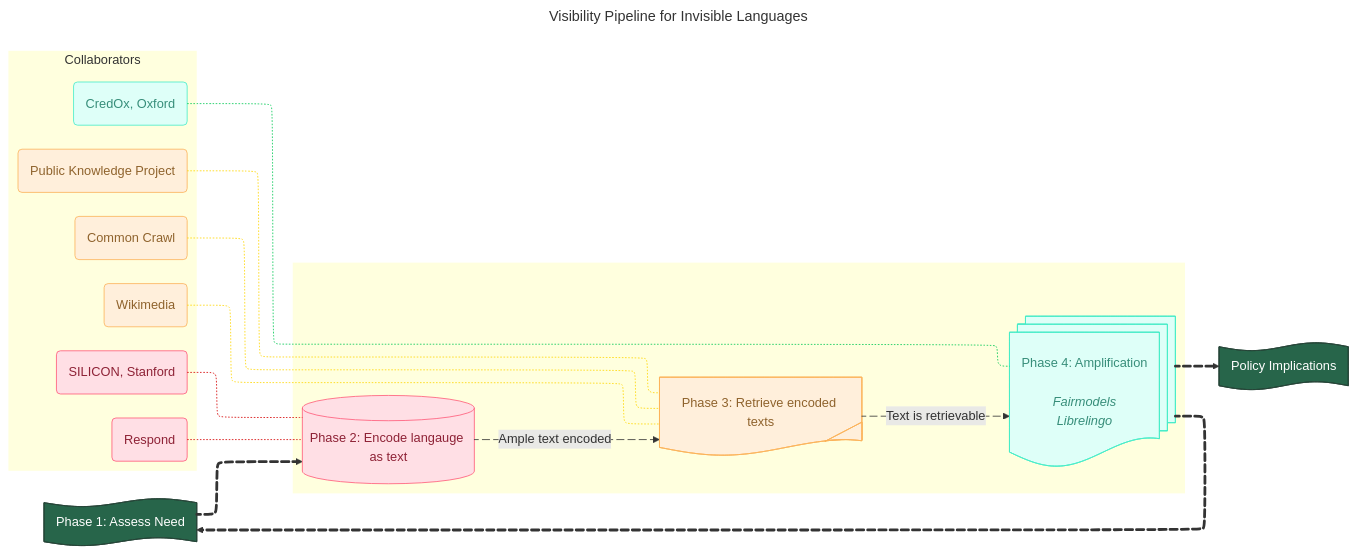
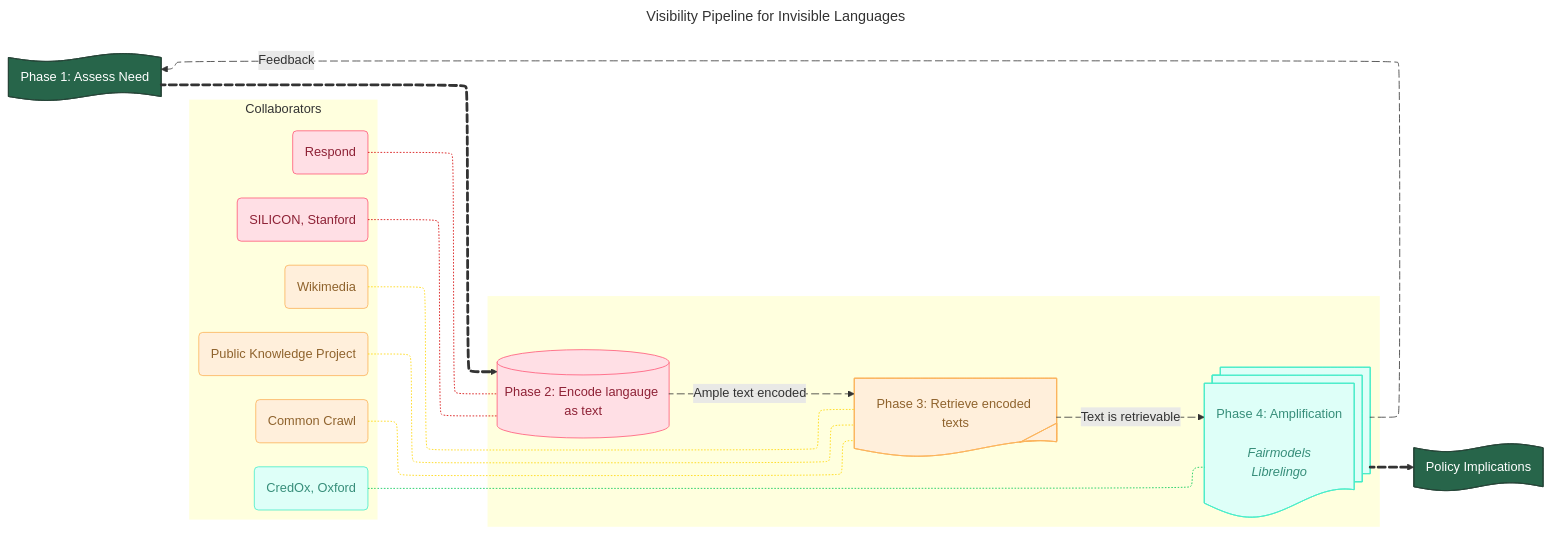
One commit to theinvisiblelab/invisible-languages changed the diagram in README.md. Above: the diagram before and after it, drawn with Mermaid. The commit also changed other lines of this file, not shown here.

Commit message:
Fix flowchart feedback and policy implication connections in README.md

````diff
--- a/README.md
+++ b/README.md
@@ -8,67 +8,68 @@
 ```mermaid
 ---
 config:
   layout: elk
 title: Visibility Pipeline for Invisible Languages
 ---
 flowchart LR
  subgraph collabs["Collaborators"]
         C1("SILICON, Stanford")
         C2("CredOx, Oxford")
         C3("Wikimedia")
         C4("Respond")
         C5("Public Knowledge Project")
         C6("Common Crawl")
   end
  subgraph pipeline[" "]
         B["Phase 2: Encode langauge as text<br>"]
         C["Phase 3: Retrieve encoded texts<br>"]
         D["Phase 4: Amplification<br><br><i>Fairmodels<br>Librelingo</i>"]
   end
     A["Phase 1: Assess Need"] L_A_B_0@==> B
     B L_B_C_0@-- Ample text encoded --> C
     C L_C_D_0@-- Text is retrievable --> D
-    D L_D_A_0@==> A & Policy["Policy Implications"]
+    D L_D_A_0@-- Feedback --> A
+    D L_D_Policy_0@==> Policy["Policy Implications"]
     C1 -..- B
     C4 -..- B
     C3 -..- C
     C6 -..- C
     C5 -..- C
     C2 -..- D
 
     B@{ shape: db}
     C@{ shape: tag-doc}
     D@{ shape: docs}
     A@{ shape: paper-tape}
     Policy@{ shape: paper-tape}
      C1:::Rose
      C2:::Aqua
      C3:::Peach
      C4:::Rose
      C5:::Peach
      C6:::Peach
      B:::Rose
      C:::Peach
      D:::Aqua
      A:::Pine
      Policy:::Pine
     classDef Sky stroke-width:1px, stroke-dasharray:none, stroke:#374D7C, fill:#E2EBFF, color:#374D7C
     classDef Aqua stroke-width:1px, stroke-dasharray:none, stroke:#46EDC8, fill:#DEFFF8, color:#378E7A
     classDef Rose stroke-width:1px, stroke-dasharray:none, stroke:#FF5978, fill:#FFDFE5, color:#8E2236
     classDef Peach stroke-width:1px, stroke-dasharray:none, stroke:#FBB35A, fill:#FFEFDB, color:#8F632D
     classDef Pine stroke-width:1px, stroke-dasharray:none, stroke:#254336, fill:#27654A, color:#FFFFFF
     style collabs stroke:none
     style pipeline stroke:none
     linkStyle 5 stroke:#D50000,fill:none
     linkStyle 6 stroke:#D50000,fill:none
     linkStyle 7 stroke:#FFD600,fill:none
     linkStyle 8 stroke:#FFD600,fill:none
     linkStyle 9 stroke:#FFD600,fill:none
     linkStyle 10 stroke:#00C853,fill:none
 
     L_A_B_0@{ animation: slow } 
     L_B_C_0@{ animation: slow } 
     L_C_D_0@{ animation: slow } 
     L_D_A_0@{ animation: slow } 
     L_D_Policy_0@{ animation: slow }
 ```
````
